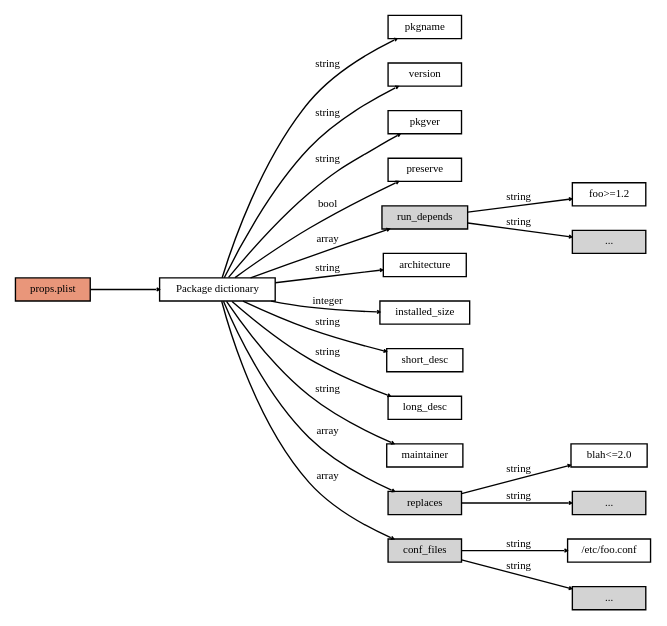
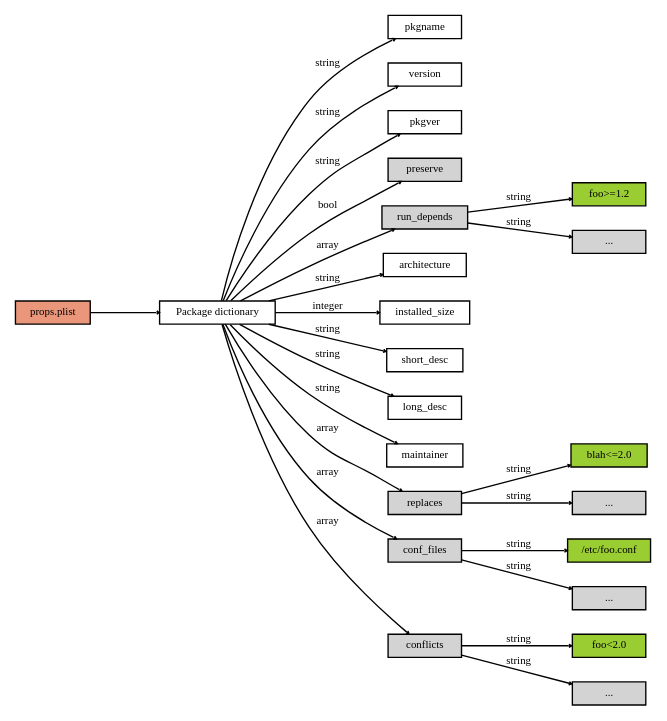
One commit to void-linux/xbps changed the diagram in doc/xbps_pkg_props_dictionary.dot. Above: the diagram before and after it, drawn with Graphviz. The commit also changed 1 other file, not shown here.

```diff
--- a/doc/xbps_pkg_props_dictionary.dot
+++ b/doc/xbps_pkg_props_dictionary.dot
@@ -1,36 +1,43 @@
 digraph pkg_props_dictionary {
 	graph [rankdir=LR,ranksep="0.7"];
 	edge [arrowhead="vee",arrowsize="0.2",fontname="DejaVuSansCondensed",fontsize="8"];
 	node [height=".1",shape=box,fontname="DejaVuSansCondensed",fontsize="8"];
 	props_plist -> main;
 	props_plist [style=filled,fillcolor="darksalmon",label="props.plist"];
 	main [label="Package dictionary"];
 	main -> pkgname [label="string"];
 	main -> version [label="string"];
 	main -> pkgver [label="string"];
-	main -> preserve [label="bool"];
+	main -> preserve [style=filled,label="bool"];
+	preserve [style=filled];
 	main -> run_depends [label="array"];
 	run_depends [style=filled];
 	run_depends -> rundep1_string [label="string"];
 	run_depends -> rundep2_string [label="string"];
-	rundep1_string [label="foo>=1.2"];
+	rundep1_string [style=filled,fillcolor="yellowgreen",label="foo>=1.2"];
 	rundep2_string [style=filled,label="..."];
 	main -> architecture [label="string"];
 	main -> instsize [label="integer"];
 	instsize [label="installed_size"];
 	main -> short_desc [label="string"]
 	main -> long_desc [label="string"];
 	main -> maintainer [label="string"];
 	main -> replaces [label="array"];
 	replaces [style=filled];
 	replaces -> replace1_string [label="string"];
 	replaces -> replace2_string [label="string"];
-	replace1_string [label="blah<=2.0"];
+	replace1_string [style=filled,fillcolor="yellowgreen",label="blah<=2.0"];
 	replace2_string [style=filled,label="..."];
 	main -> conf_files [label="array"];
 	conf_files [style=filled];
 	conf_files -> cffile1 [style=filled,label="string"];
 	conf_files -> cffile2 [style=filled,label="string"];
-	cffile1 [label="/etc/foo.conf"];
+	cffile1 [style=filled,fillcolor="yellowgreen",label="/etc/foo.conf"];
 	cffile2 [style=filled,label="..."];
+	main -> conflicts [label="array"];
+	conflicts [style=filled];
+	conflicts -> conflict1 [style=filled,label="string"];
+	conflicts -> conflict2 [style=filled,label="string"];
+	conflict1 [style=filled,fillcolor="yellowgreen",label="foo<2.0"];
+	conflict2 [style=filled,label="..."];
 }
```
